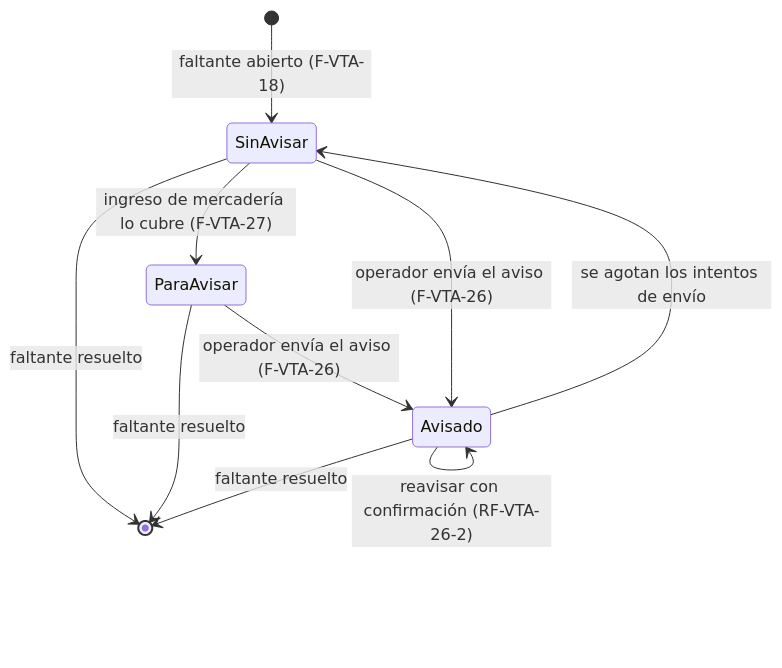
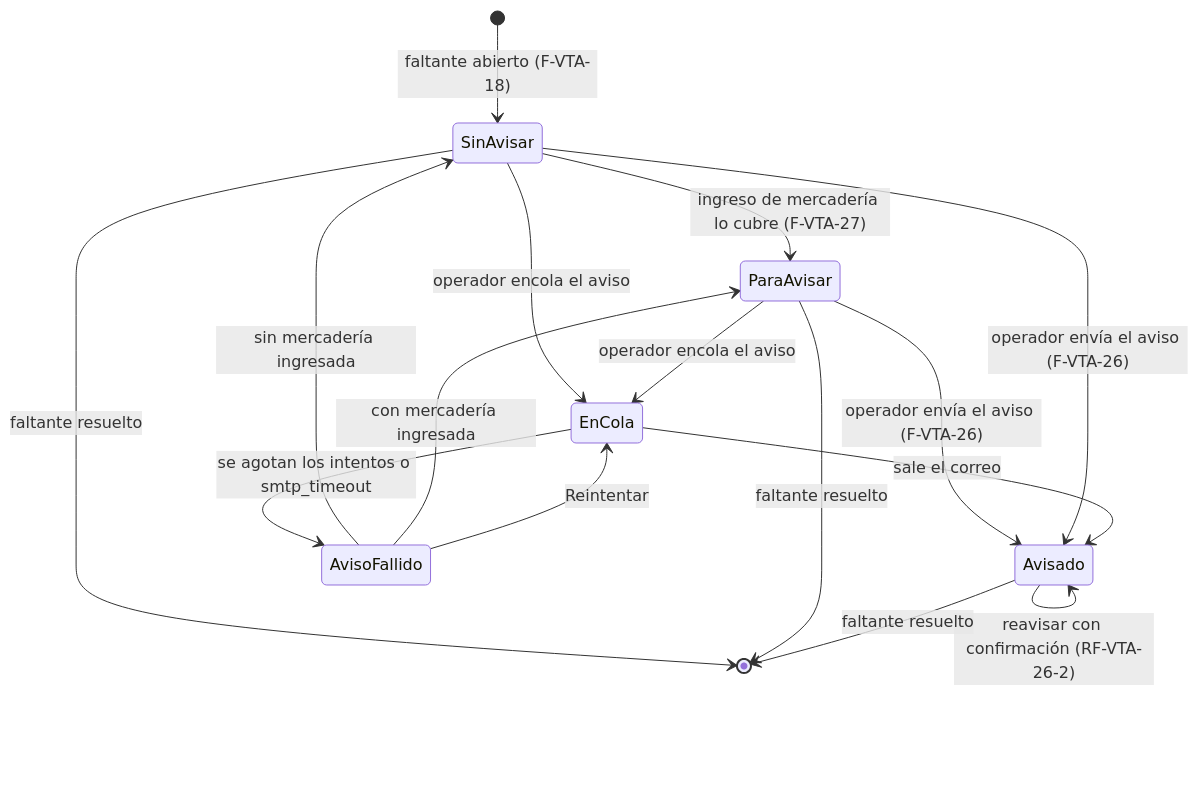
Before and after one commit to nicolasjones/multistorefront-meli: the diagram in specs/20261110-100000-ventas-avisos-de-faltantes/spec.md, drawn with Mermaid. The commit also changed other lines of this file and 9 other files, not shown here.

````diff
--- a/specs/20261110-100000-ventas-avisos-de-faltantes/spec.md
+++ b/specs/20261110-100000-ventas-avisos-de-faltantes/spec.md
@@ -106,12 +106,18 @@
 ```mermaid
 stateDiagram-v2
     [*] --> SinAvisar: faltante abierto (F-VTA-18)
     SinAvisar --> ParaAvisar: ingreso de mercadería lo cubre (F-VTA-27)
     ParaAvisar --> Avisado: operador envía el aviso (F-VTA-26)
     SinAvisar --> Avisado: operador envía el aviso (F-VTA-26)
     Avisado --> Avisado: reavisar con confirmación (RF-VTA-26-2)
-    Avisado --> SinAvisar: se agotan los intentos de envío
+    SinAvisar --> EnCola: operador encola el aviso
+    ParaAvisar --> EnCola: operador encola el aviso
+    EnCola --> Avisado: sale el correo
+    EnCola --> AvisoFallido: se agotan los intentos o smtp_timeout
+    AvisoFallido --> SinAvisar: sin mercadería ingresada
+    AvisoFallido --> ParaAvisar: con mercadería ingresada
+    AvisoFallido --> EnCola: Reintentar
     SinAvisar --> [*]: faltante resuelto
     ParaAvisar --> [*]: faltante resuelto
     Avisado --> [*]: faltante resuelto
 ```
````
